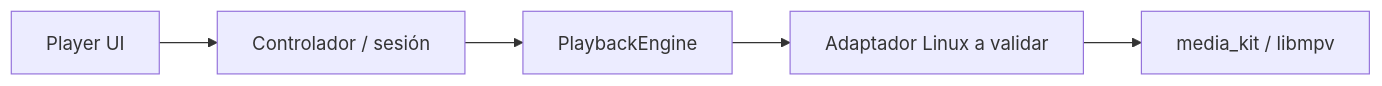
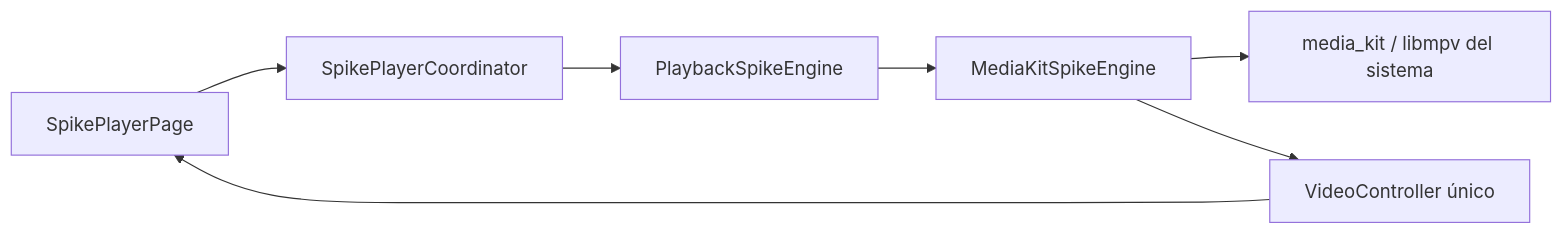
Before and after one commit to kurogamishuen15/AnimeApp-Dev: the fifth of 5 diagrams in ARCHITECTURE.md, drawn with Mermaid. The commit also changed other lines of this file and 291 other files, not shown here.

````diff
--- a/ARCHITECTURE.md
+++ b/ARCHITECTURE.md
@@ -109,7 +114,9 @@
 ```mermaid
 flowchart LR
-  PlayerUI[Player UI] --> Controller[Controlador / sesión]
-  Controller --> Contract[PlaybackEngine]
-  Contract --> Adapter[Adaptador Linux a validar]
-  Adapter --> Backend[media_kit / libmpv]
+  PlayerUI[SpikePlayerPage] --> Coordinator[SpikePlayerCoordinator]
+  Coordinator --> Contract[PlaybackSpikeEngine]
+  Contract --> Adapter[MediaKitSpikeEngine]
+  Adapter --> Backend[media_kit / libmpv del sistema]
+  Adapter --> Surface[VideoController único]
+  Surface --> PlayerUI
 ```
````
